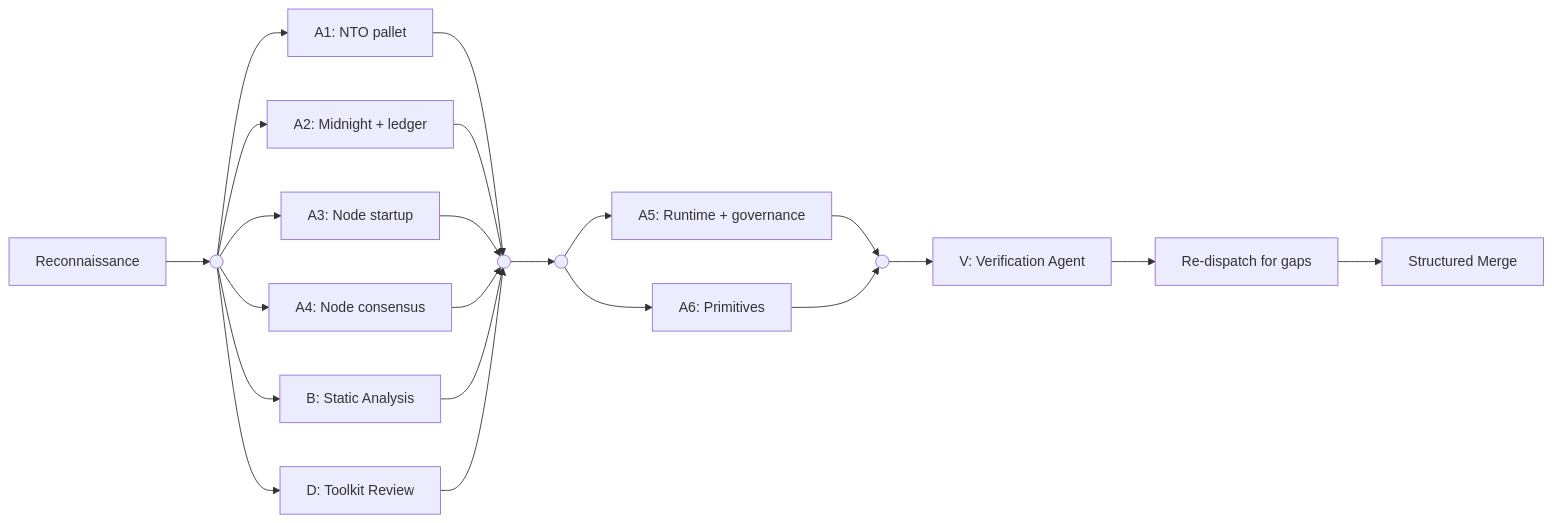
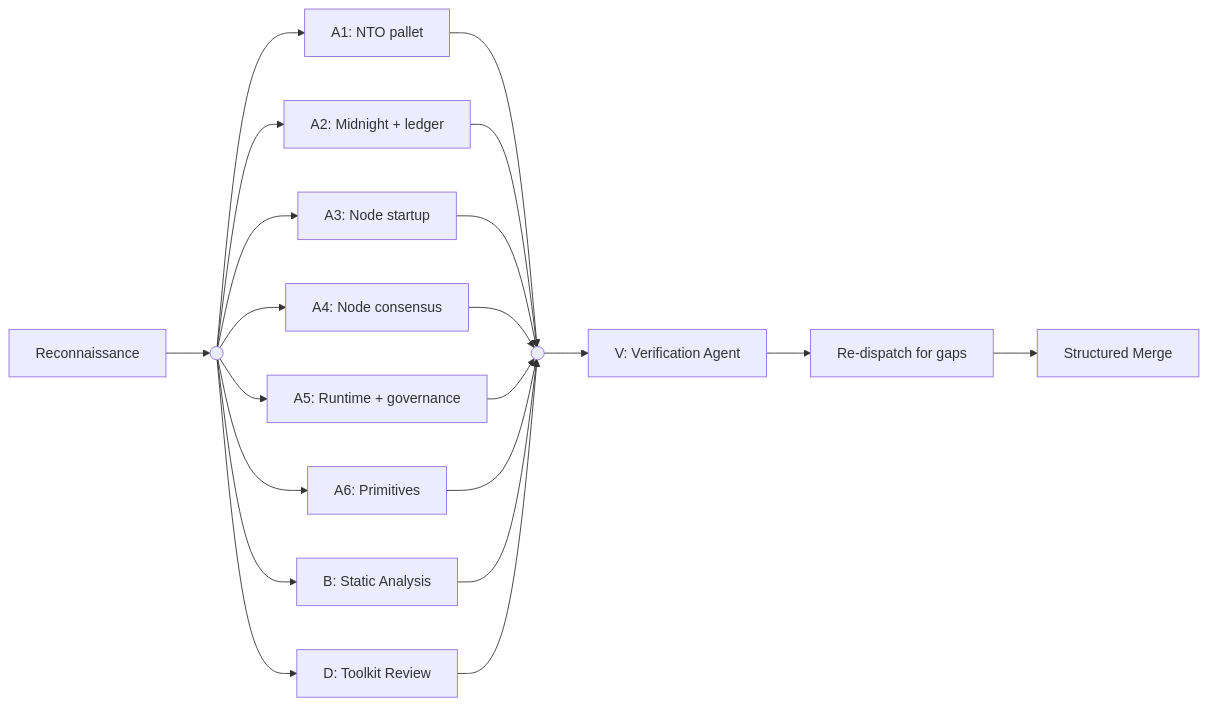
Before and after one commit to m2ux/workflow-server: the second of 6 diagrams in substrate-node-security-audit/README.md, drawn with Mermaid. The commit also changed other lines of this file and 3 other files, not shown here.

````diff
--- a/substrate-node-security-audit/README.md
+++ b/substrate-node-security-audit/README.md
@@ -94,30 +94,26 @@
 ```mermaid
 graph LR
-    REC[Reconnaissance] --> FORK1(( ))
+    REC[Reconnaissance] --> FORK(( ))
 
-    FORK1 --> A1["A1: NTO pallet"]
-    FORK1 --> A2["A2: Midnight + ledger"]
-    FORK1 --> A3["A3: Node startup"]
-    FORK1 --> A4["A4: Node consensus"]
-    FORK1 --> B["B: Static Analysis"]
-    FORK1 --> D["D: Toolkit Review"]
+    FORK --> A1["A1: NTO pallet"]
+    FORK --> A2["A2: Midnight + ledger"]
+    FORK --> A3["A3: Node startup"]
+    FORK --> A4["A4: Node consensus"]
+    FORK --> A5["A5: Runtime + governance"]
+    FORK --> A6["A6: Primitives"]
+    FORK --> B["B: Static Analysis"]
+    FORK --> D["D: Toolkit Review"]
 
-    A1 --> JOIN1(( ))
-    A2 --> JOIN1
-    A3 --> JOIN1
-    A4 --> JOIN1
-    B --> JOIN1
-    D --> JOIN1
+    A1 --> JOIN(( ))
+    A2 --> JOIN
+    A3 --> JOIN
+    A4 --> JOIN
+    A5 --> JOIN
+    A6 --> JOIN
+    B --> JOIN
+    D --> JOIN
 
-    JOIN1 --> FORK2(( ))
-
-    FORK2 --> A5["A5: Runtime + governance"]
-    FORK2 --> A6["A6: Primitives"]
-
-    A5 --> JOIN2(( ))
-    A6 --> JOIN2
-
-    JOIN2 --> V["V: Verification Agent"]
+    JOIN --> V["V: Verification Agent"]
     V --> REDISPATCH["Re-dispatch for gaps"]
     REDISPATCH --> MERGE["Structured Merge"]
 ```
````
